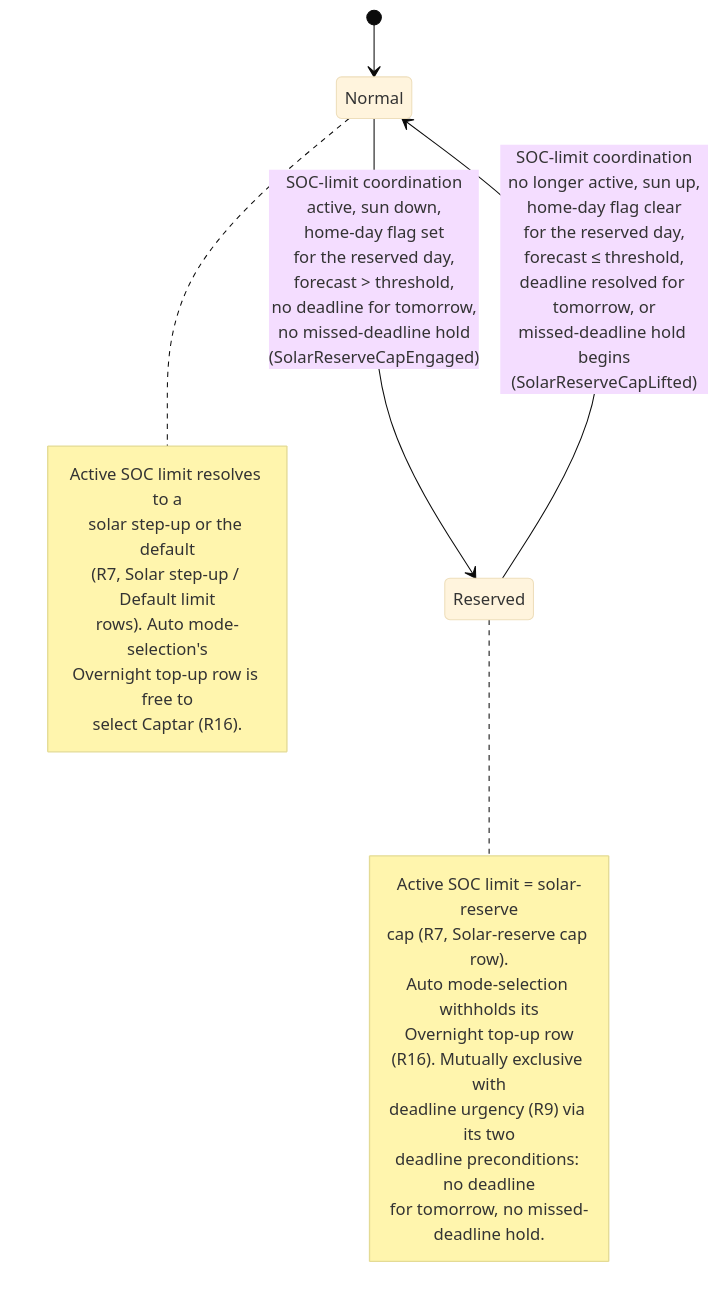
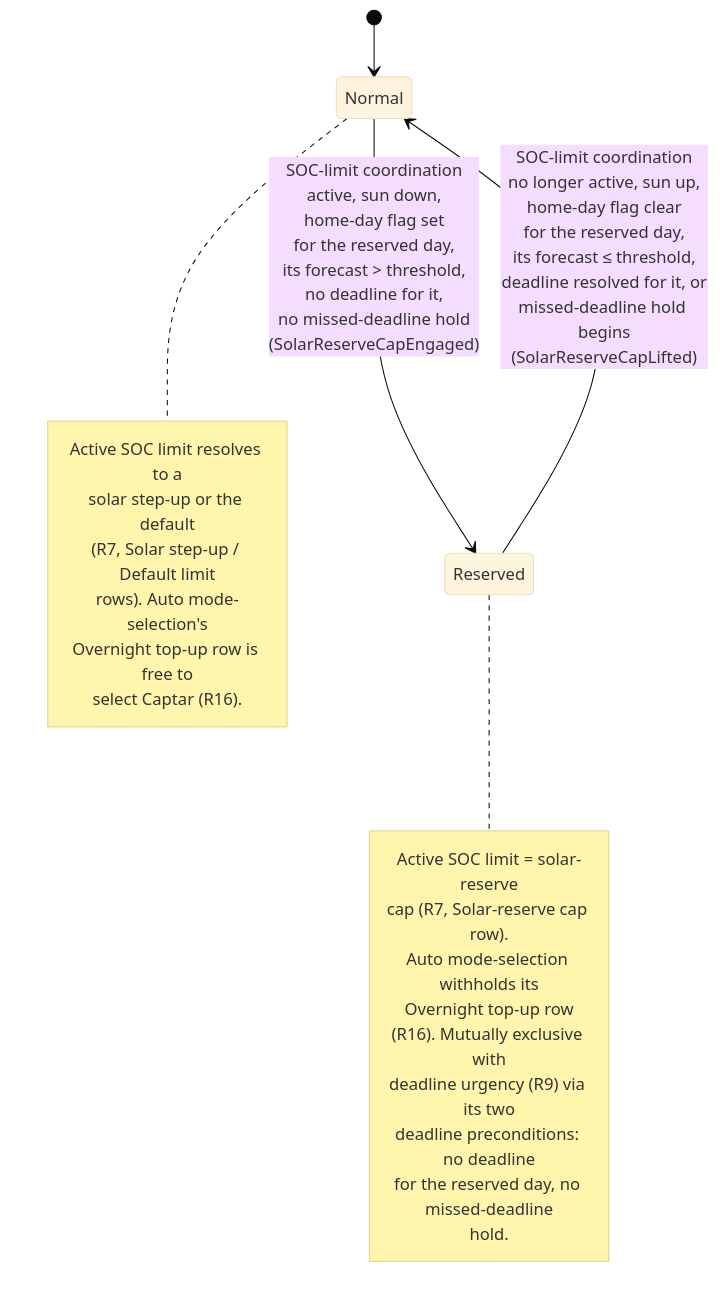
One commit to kristofdegrave/homeassistant-smart-charging changed the diagram in docs/analysis/use-cases/UC07-reserve-capacity-for-tomorrow.md. Above: the diagram before and after it, drawn with Mermaid (base theme). The commit also changed other lines of this file and 6 other files, not shown here.

First line of the commit message:
uc: the solar-reserve cap's deadline precondition and forecast read the reserved day

````diff
--- a/docs/analysis/use-cases/UC07-reserve-capacity-for-tomorrow.md
+++ b/docs/analysis/use-cases/UC07-reserve-capacity-for-tomorrow.md
@@ -147,24 +150,25 @@
 ```mermaid
 stateDiagram-v2
     [*] --> Normal
-    Normal --> Reserved: SOC-limit coordination<br/>active, sun down,<br/>home-day flag set<br/>for the reserved day,<br/>forecast > threshold,<br/>no deadline for tomorrow,<br/>no missed-deadline hold<br/>(SolarReserveCapEngaged)
-    Reserved --> Normal: SOC-limit coordination<br/>no longer active, sun up,<br/>home-day flag clear<br/>for the reserved day,<br/>forecast ≤ threshold,<br/>deadline resolved for tomorrow, or<br/>missed-deadline hold begins<br/>(SolarReserveCapLifted)
+    Normal --> Reserved: SOC-limit coordination<br/>active, sun down,<br/>home-day flag set<br/>for the reserved day,<br/>its forecast > threshold,<br/>no deadline for it,<br/>no missed-deadline hold<br/>(SolarReserveCapEngaged)
+    Reserved --> Normal: SOC-limit coordination<br/>no longer active, sun up,<br/>home-day flag clear<br/>for the reserved day,<br/>its forecast ≤ threshold,<br/>deadline resolved for it, or<br/>missed-deadline hold begins<br/>(SolarReserveCapLifted)
     note right of Reserved
         Active SOC limit = solar-reserve
         cap (R7, Solar-reserve cap row).
         Auto mode-selection withholds its
         Overnight top-up row
         (R16). Mutually exclusive with
         deadline urgency (R9) via its two
         deadline preconditions: no deadline
-        for tomorrow, no missed-deadline hold.
+        for the reserved day, no missed-deadline
+        hold.
     end note
     note right of Normal
         Active SOC limit resolves to a
         solar step-up or the default
         (R7, Solar step-up / Default limit
         rows). Auto mode-selection's
         Overnight top-up row is free to
         select Captar (R16).
     end note
 ```
````
